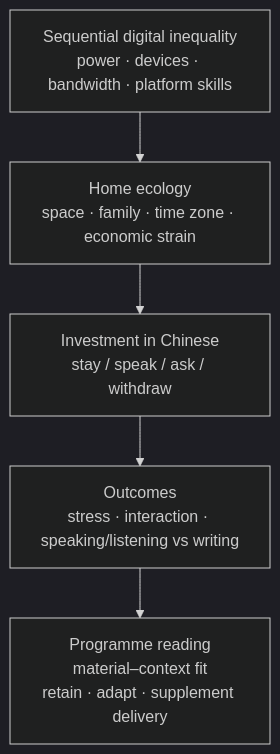
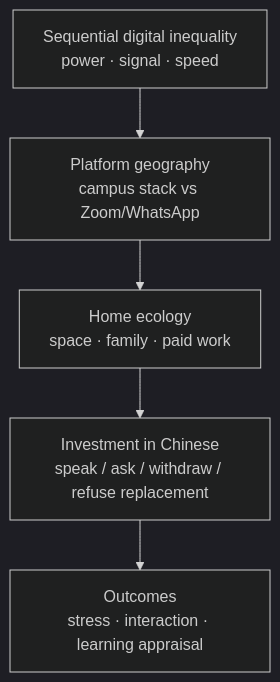
Before and after one commit to kristinehina23-rgb/heena: the diagram in papers/q1-masters-covid/figure-1-sketch.md, drawn with Mermaid (dark theme). The commit also changed other lines of this file and 13 other files, not shown here.

````diff
--- a/papers/q1-masters-covid/figure-1-sketch.md
+++ b/papers/q1-masters-covid/figure-1-sketch.md
@@ -5,7 +5,7 @@
 ```mermaid
 flowchart TD
-  A[Sequential digital inequality<br/>power · devices · bandwidth · platform skills] --> B[Home ecology<br/>space · family · time zone · economic strain]
-  B --> C[Investment in Chinese<br/>stay / speak / ask / withdraw]
-  C --> D[Outcomes<br/>stress · interaction · speaking/listening vs writing]
-  D --> E[Programme reading<br/>material–context fit<br/>retain · adapt · supplement delivery]
+  A[Sequential digital inequality<br/>power · signal · speed] --> P[Platform geography<br/>campus stack vs Zoom/WhatsApp]
+  P --> B[Home ecology<br/>space · family · paid work]
+  B --> C[Investment in Chinese<br/>speak / ask / withdraw / refuse replacement]
+  C --> D[Outcomes<br/>stress · interaction · learning appraisal]
 ```
````
